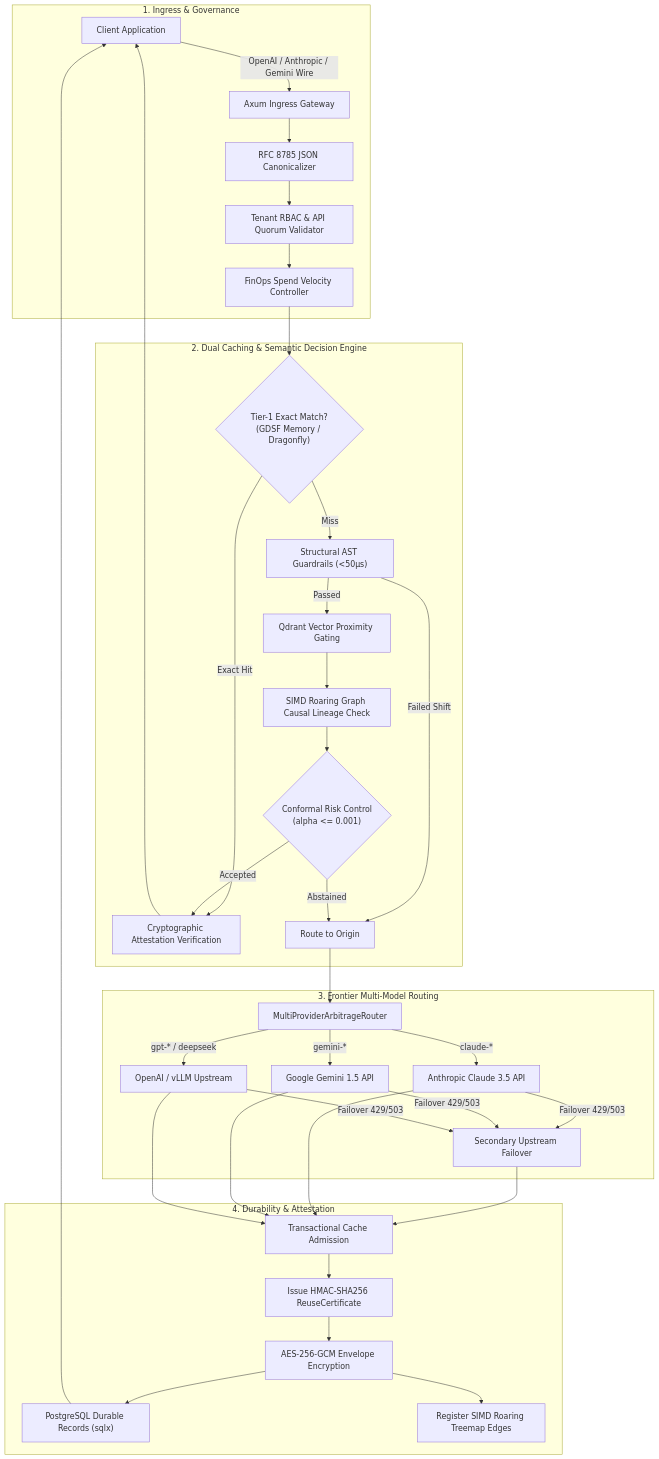
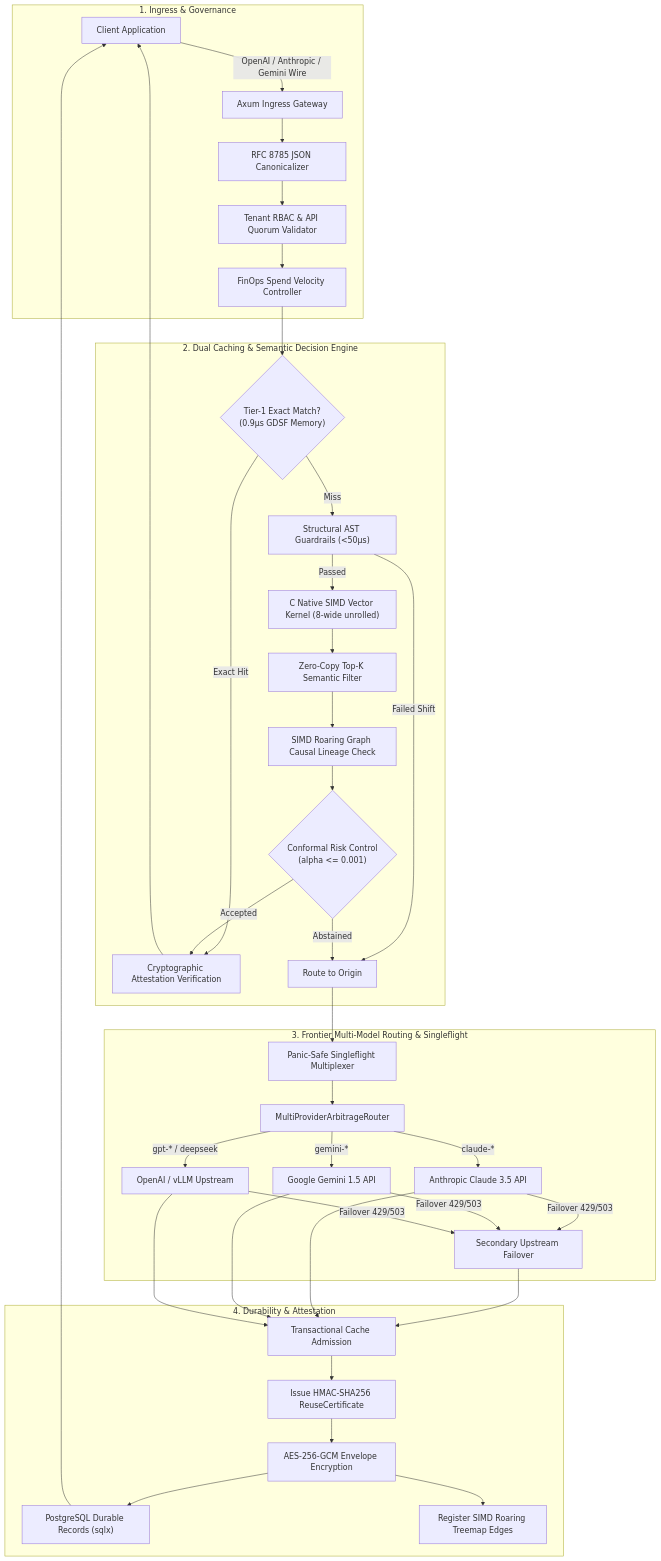
Before and after one commit to Monkey0-9/Sunborn: the diagram in README.md, drawn with Mermaid. The commit also changed other lines of this file and 1 other file, not shown here.

Commit message:
docs: modernize README.md and STATUS.md with C SIMD acceleration, 1.0M rps L1 cache, zero-copy vector search, and ISO compliance

````diff
--- a/README.md
+++ b/README.md
@@ -91,41 +96,43 @@
 ```mermaid
 flowchart TD
     subgraph Ingress["1. Ingress & Governance"]
         Client["Client Application"] -->|OpenAI / Anthropic / Gemini Wire| IngressFilter["Axum Ingress Gateway"]
         IngressFilter --> Canonicalizer["RFC 8785 JSON Canonicalizer"]
         Canonicalizer --> Auth["Tenant RBAC & API Quorum Validator"]
         Auth --> FinOps["FinOps Spend Velocity Controller"]
     end
 
     subgraph Resolution["2. Dual Caching & Semantic Decision Engine"]
-        FinOps --> ExactCache{"Tier-1 Exact Match?<br/>(GDSF Memory / Dragonfly)"}
+        FinOps --> ExactCache{"Tier-1 Exact Match?<br/>(0.9µs GDSF Memory)"}
         ExactCache -->|Exact Hit| CertVerify["Cryptographic Attestation Verification"]
         ExactCache -->|Miss| Guardrails["Structural AST Guardrails (<50µs)"]
         
-        Guardrails -->|Passed| VectorSearch["Qdrant Vector Proximity Gating"]
+        Guardrails -->|Passed| SimdEngine["C Native SIMD Vector Kernel (8-wide unrolled)"]
         Guardrails -->|Failed Shift| RecomputeRoute["Route to Origin"]
         
+        SimdEngine --> VectorSearch["Zero-Copy Top-K Semantic Filter"]
         VectorSearch --> GraphCheck["SIMD Roaring Graph Causal Lineage Check"]
         GraphCheck --> ConformalGate{"Conformal Risk Control<br/>(alpha <= 0.001)"}
         ConformalGate -->|Accepted| CertVerify
         ConformalGate -->|Abstained| RecomputeRoute
     end
 
-    subgraph OriginArbitrage["3. Frontier Multi-Model Routing"]
-        RecomputeRoute --> Router["MultiProviderArbitrageRouter"]
+    subgraph OriginArbitrage["3. Frontier Multi-Model Routing & Singleflight"]
+        RecomputeRoute --> Singleflight["Panic-Safe Singleflight Multiplexer"]
+        Singleflight --> Router["MultiProviderArbitrageRouter"]
         Router -->|claude-*| Anthropic["Anthropic Claude 3.5 API"]
         Router -->|gemini-*| Gemini["Google Gemini 1.5 API"]
         Router -->|gpt-* / deepseek| OpenAI["OpenAI / vLLM Upstream"]
         Anthropic & Gemini & OpenAI -->|Failover 429/503| BackupProvider["Secondary Upstream Failover"]
     end
 
     subgraph Attestation["4. Durability & Attestation"]
         BackupProvider & Anthropic & Gemini & OpenAI --> PostProcess["Transactional Cache Admission"]
         PostProcess --> CertIssuer["Issue HMAC-SHA256 ReuseCertificate"]
         CertIssuer --> Encrypt["AES-256-GCM Envelope Encryption"]
         Encrypt --> Postgres["PostgreSQL Durable Records (sqlx)"]
         Encrypt --> IndexLineage["Register SIMD Roaring Treemap Edges"]
         CertVerify --> Client
         Postgres --> Client
     end
 ```
````
